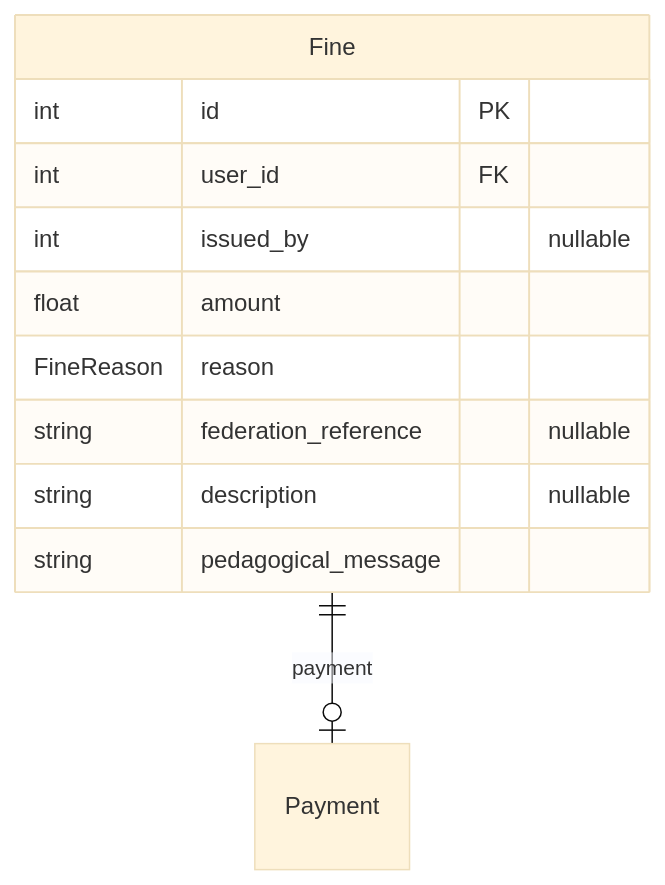
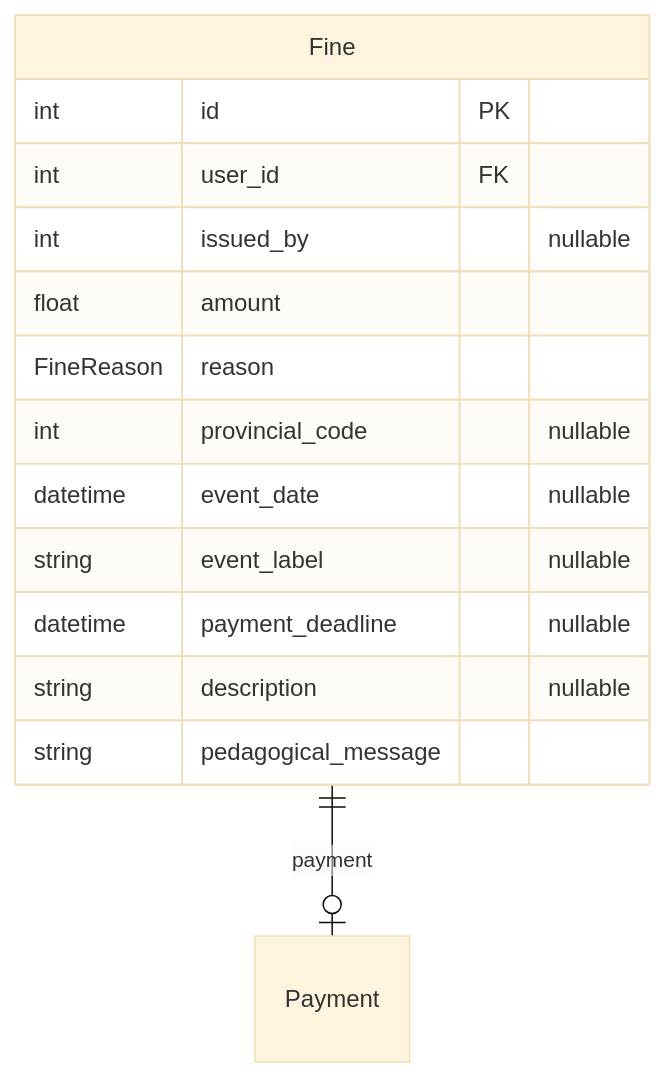
One commit to Paupoo/tabletennisclub-app changed the diagram in docs/erd/clubadmin-fines.md. Above: the diagram before and after it, drawn with Mermaid (base theme). The commit also changed 29 other files, not shown here.

````diff
--- a/docs/erd/clubadmin-fines.md
+++ b/docs/erd/clubadmin-fines.md
@@ -3,15 +3,18 @@
 ```mermaid
 erDiagram
     Fine {
         int id PK
         int user_id FK
         int issued_by "nullable"
         float amount
         FineReason reason
-        string federation_reference "nullable"
+        int provincial_code "nullable"
+        datetime event_date "nullable"
+        string event_label "nullable"
+        datetime payment_deadline "nullable"
         string description "nullable"
         string pedagogical_message
     }
 
     Fine ||--o| Payment : "payment"
 ```
````
